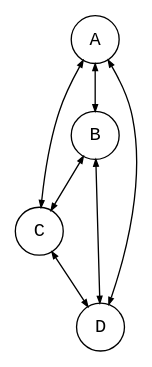
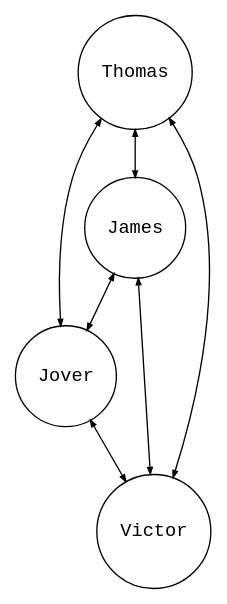
The first of 2 diagrams in 2022-10-24.md (tsibley/blab-standup), drawn with Graphviz before and after one commit. The commit also changed other lines of this file, not shown here.

Commit message:
more thoughts

````diff
--- a/2022-10-24.md
+++ b/2022-10-24.md
@@ -26,19 +26,24 @@
 ```graphviz
-# Render with `circo`
+// Render with `circo`
 digraph {
   node [shape=circle, fontname=monospace];
   edge [arrowsize=0.5, dir=both]
 
   # To get preferred node order around the circle.
   C; B; A; D;
 
   A -> B;
   A -> C;
   A -> D;
 
   B -> C;
   B -> D;
 
   C -> D;
+
+  A [label=Thomas];
+  B [label=James];
+  C [label=Jover];
+  D [label=Victor];
 }
 ```
````
